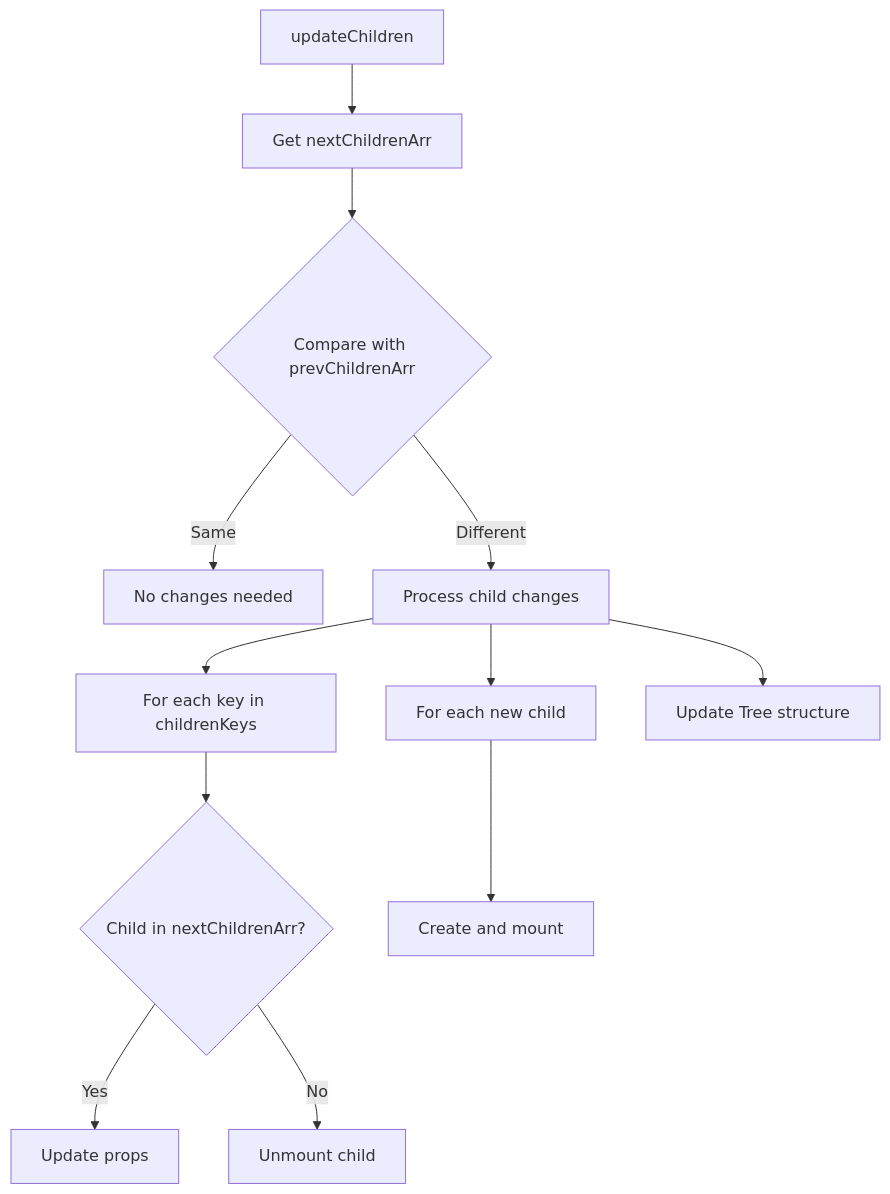
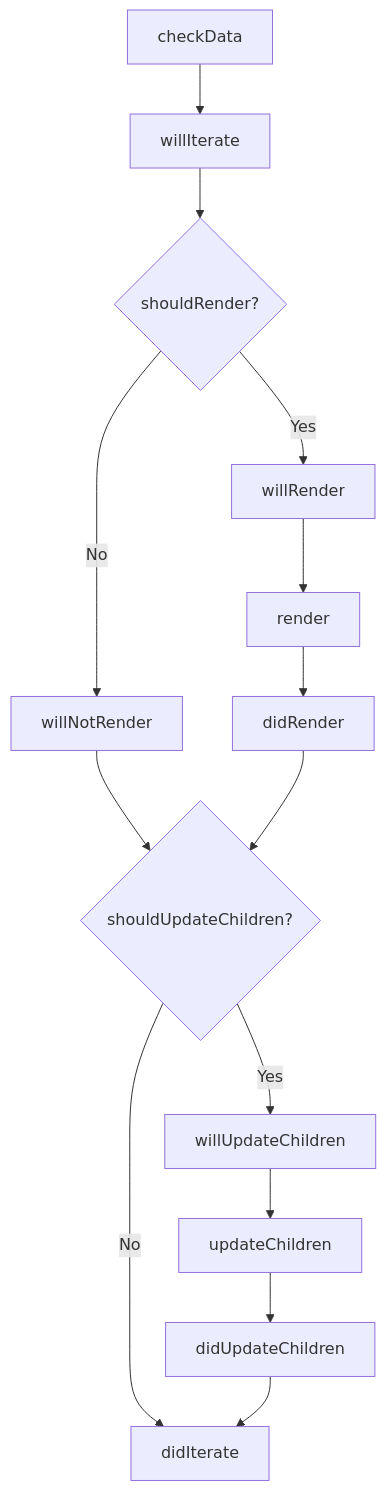
The second of 2 diagrams in docs/system/component-lifecycle.md (gravity-ui/graph), drawn with Mermaid before and after one commit. The commit also changed other lines of this file and 9 other files, not shown here.

````diff
--- a/docs/system/component-lifecycle.md
+++ b/docs/system/component-lifecycle.md
@@ -130,14 +61,16 @@
-```mermaid
-flowchart TD
-    A[updateChildren] --> B[Get nextChildrenArr]
-    B --> C{Compare with prevChildrenArr}
-    C -->|Same| D[No changes needed]
-    C -->|Different| E[Process child changes]
-    E --> F[For each key in childrenKeys]
-    F --> G{Child in nextChildrenArr?}
-    G -->|Yes| H[Update props]
-    G -->|No| I[Unmount child]
-    E --> J[For each new child]
-    J --> K[Create and mount]
-    E --> L[Update Tree structure]
-```
+   ```mermaid
+   flowchart TD
+       A[checkData] --> B[willIterate]
+       B --> C{shouldRender?}
+       C -->|Yes| D[willRender]
+       D --> E[render]
+       E --> F[didRender]
+       C -->|No| G[willNotRender]
+       G --> H{shouldUpdateChildren?}
+       F --> H
+       H -->|Yes| I[willUpdateChildren]
+       I --> J[updateChildren]
+       J --> K[didUpdateChildren]
+       H -->|No| L[didIterate]
+       K --> L
+   ```
````
